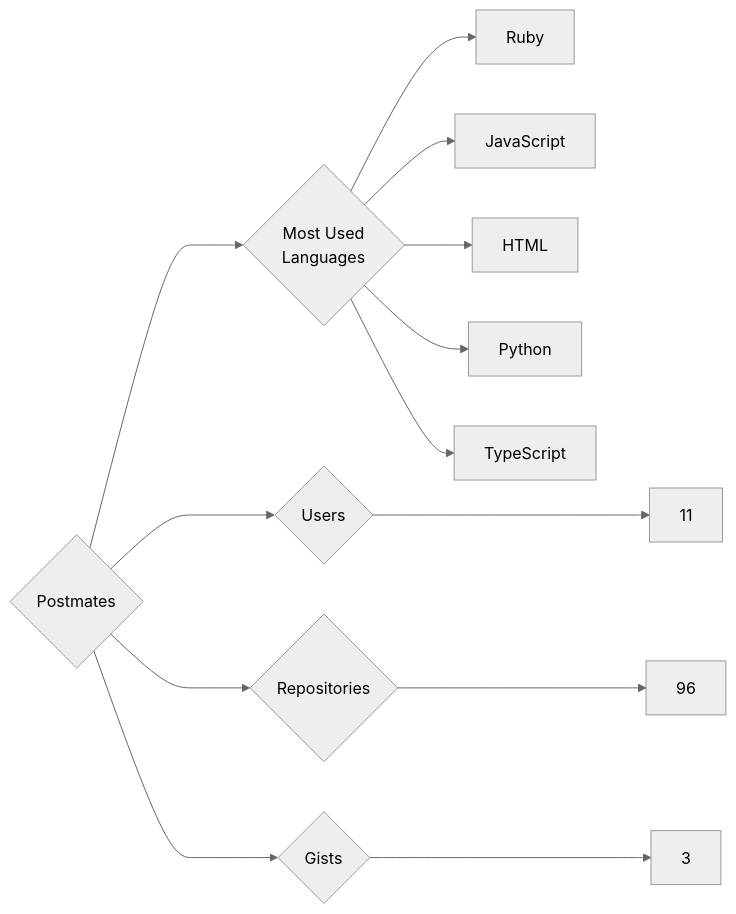
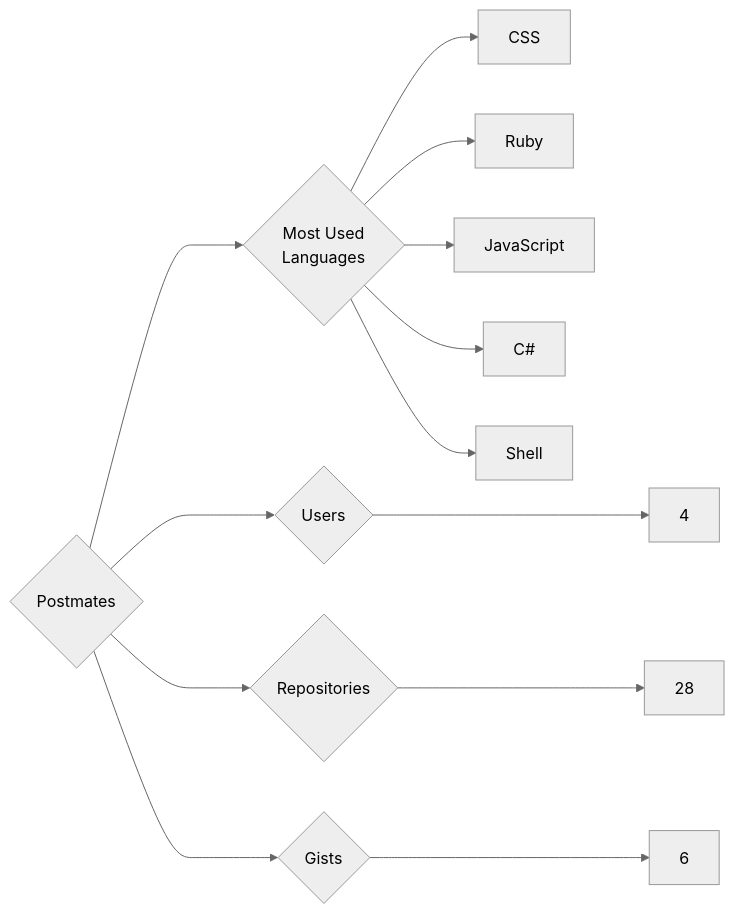
The diagram in targets/Postmates/README.md (trickest/insiders), drawn with Mermaid (neutral theme) before and after one commit. The commit also changed 878 other files, not shown here.

````diff
--- a/targets/Postmates/README.md
+++ b/targets/Postmates/README.md
@@ -3,13 +3,13 @@
 ```mermaid
 graph LR
 COMPANY_NAME{Postmates}
-COMPANY_NAME ---> U{Users} ---> UN[11]
-COMPANY_NAME ---> R{Repositories} ---> RN[96]
-COMPANY_NAME ---> G{Gists} ---> GN[3]
+COMPANY_NAME ---> U{Users} ---> UN[4]
+COMPANY_NAME ---> R{Repositories} ---> RN[28]
+COMPANY_NAME ---> G{Gists} ---> GN[6]
 COMPANY_NAME ---> ML{Most Used<br>Languages}
+ML --> CSS[CSS]
 ML --> Ruby[Ruby]
 ML --> JavaScript[JavaScript]
-ML --> HTML[HTML]
-ML --> Python[Python]
-ML --> TypeScript[TypeScript]
+ML --> C#[C#]
+ML --> Shell[Shell]
 ```
````
